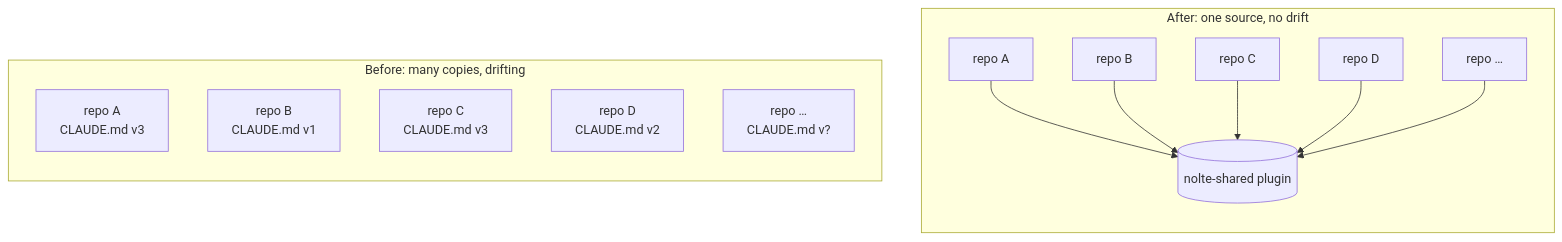
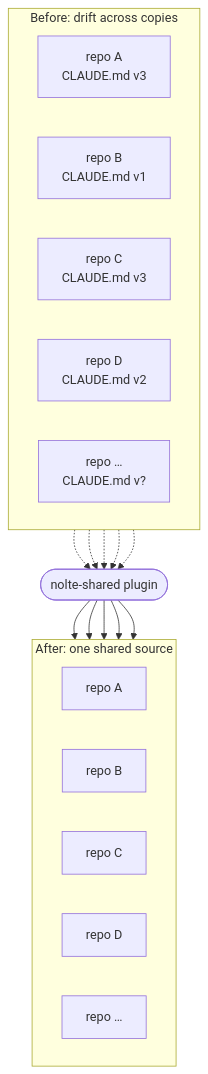
One commit to nolte/blog changed the first of 3 diagrams in src/content/posts/en/claude-shared-baseline.md. Above: the diagram before and after it, drawn with Mermaid. The commit also changed other lines of this file and 2 other files, not shown here.

Commit message:
post(blog): rework diagrams in claude-shared-baseline
Three changes to the diagram set in both EN and DE:

1. Drift→convergence: switched from flowchart LR (two side-by-side
   subgraphs, ~2043px wide, overflowed mobile) to flowchart TB with
   the Plugin node centred between a Before subgraph above and an
   After subgraph below. Plugin is now visually load-bearing; the
   diagram fits a mobile viewport.

2. New plugin-anatomy diagram in 'What nolte-shared actually contains':
   the three buckets (Skills / Agents / Specs) with the
   `implements` and `dispatches` edges that bind them.

3. New dogfooding-loop diagram in 'Dogfooding': the closed loop
   Spec → Skill → Repo → Spec that the section's text argues for.

EN/DE in lockstep; technical identifiers (skill names, spec paths)
unchanged across languages, only prose labels translated. Local
task build green, 3 inline SVGs per language verified, no mermaid
source leakage. Handover artefact records the rework.

````diff
--- a/src/content/posts/en/claude-shared-baseline.md
+++ b/src/content/posts/en/claude-shared-baseline.md
@@ -25,21 +25,30 @@
 ```mermaid
-flowchart LR
-    subgraph Before["Before: many copies, drifting"]
-        direction TB
-        rA["repo A<br/>CLAUDE.md v3"]
-        rB["repo B<br/>CLAUDE.md v1"]
-        rC["repo C<br/>CLAUDE.md v3"]
-        rD["repo D<br/>CLAUDE.md v2"]
-        rE["repo …<br/>CLAUDE.md v?"]
+flowchart TB
+    subgraph Before["Before: drift across copies"]
+        direction LR
+        vA["repo A<br/>CLAUDE.md v3"]
+        vB["repo B<br/>CLAUDE.md v1"]
+        vC["repo C<br/>CLAUDE.md v3"]
+        vD["repo D<br/>CLAUDE.md v2"]
+        vE["repo …<br/>CLAUDE.md v?"]
     end
-    subgraph After["After: one source, no drift"]
-        direction TB
-        rA2[repo A] --> Plugin
-        rB2[repo B] --> Plugin
-        rC2[repo C] --> Plugin
-        rD2[repo D] --> Plugin
-        rE2[repo …] --> Plugin
-        Plugin[("nolte-shared plugin")]
+    Plugin(["nolte-shared plugin"])
+    subgraph After["After: one shared source"]
+        direction LR
+        nA[repo A]
+        nB[repo B]
+        nC[repo C]
+        nD[repo D]
+        nE[repo …]
     end
-    Before ~~~ After
+    vA -.-> Plugin
+    vB -.-> Plugin
+    vC -.-> Plugin
+    vD -.-> Plugin
+    vE -.-> Plugin
+    Plugin --> nA
+    Plugin --> nB
+    Plugin --> nC
+    Plugin --> nD
+    Plugin --> nE
 ```
````
